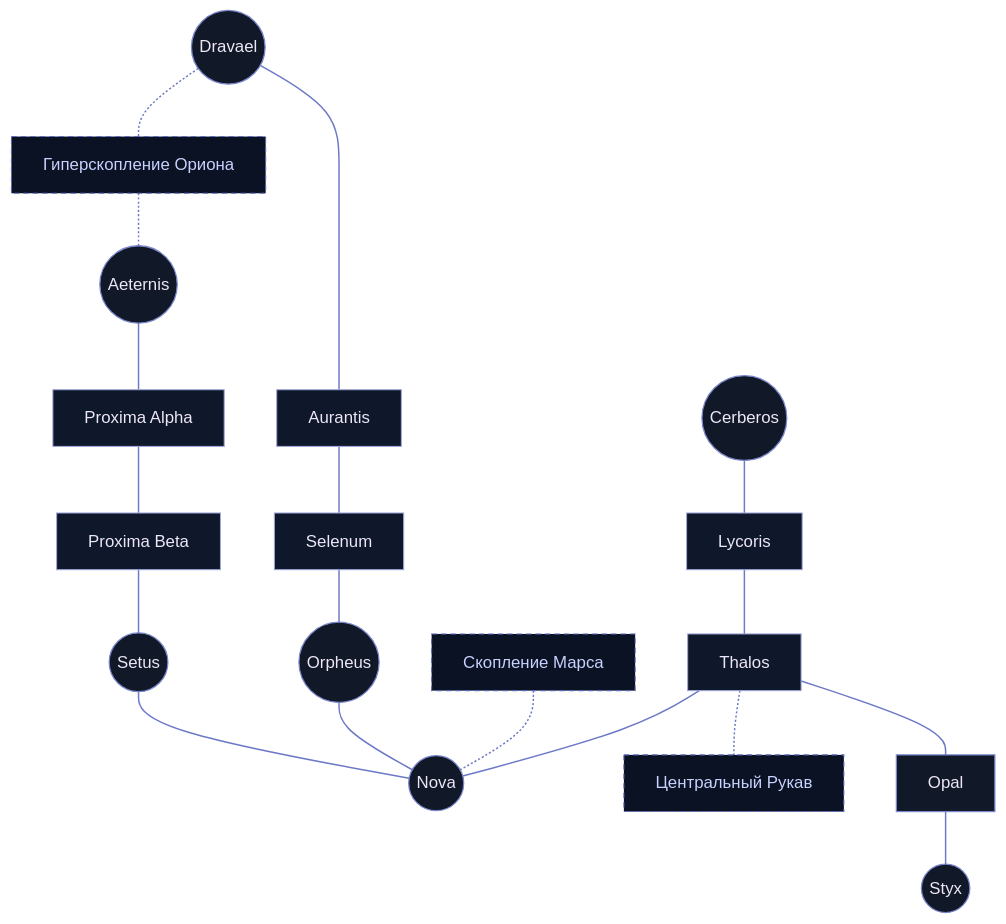
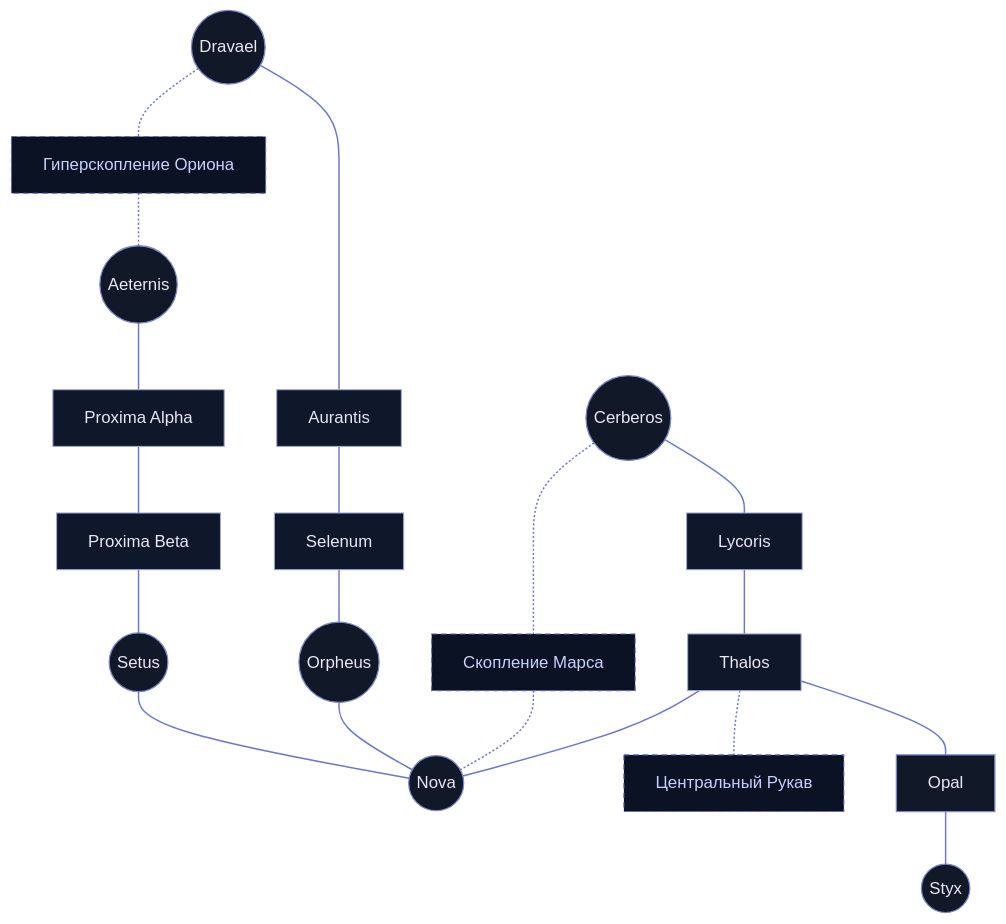
The diagram in docs/вселенная/Скопление Геи.md (LuckyOneDev/homo-dominus), drawn with Mermaid before and after one commit.

````diff
--- a/docs/вселенная/Скопление Геи.md
+++ b/docs/вселенная/Скопление Геи.md
@@ -10,63 +10,63 @@
 ```mermaid
 flowchart TB
   %% =====================================================
   %%   primary ~ #5c6bc0, dark ~ #3949ab, lightest ~ #b388ff
   %% =====================================================
 
   %% Nodes
   classDef star fill:#111827,stroke:#7986cb,color:#ede7f6,stroke-width:1.2px;
   classDef relay fill:#0f172a,stroke:#9fa8da,color:#ede7f6,stroke-width:1px;
   classDef out fill:#0b1224,stroke:#5c6bc0,color:#c7d2fe,stroke-dasharray: 5 4;
 
   %% Links (Silver Net)
   linkStyle default stroke:#5c6bc0,stroke-width:1.4px,opacity:0.9;
 
   %% ===== Center =====
   N((Nova)):::star
 
   %% ===== Left arm =====
   OUT_A["Гиперскопление Ориона"]:::out
   A((Aeternis)):::star
   PA[Proxima Alpha]:::relay
   PB[Proxima Beta]:::relay
   S((Setus)):::star
 
   D -.- OUT_A -.- A
   A --- PA --- PB --- S
   S --- N
 
   %% ===== Bottom arm =====
   D((Dravael)):::star
   AU[Aurantis]:::relay
   SE[Selenum]:::relay
   O((Orpheus)):::star
 
   D --- AU --- SE --- O
   O --- N
 
   %% ===== Right arm =====
   OUT_C["Скопление Марса"]:::out
   OUT_D["Центральный Рукав"]:::out
 
   C((Cerberos)):::star
   L[Lycoris]:::relay
   T[Thalos]:::relay
   ST((Styx)):::star
   OPA[Opal]:::star
 
-  OUT_C -.- N
+  C -.- OUT_C -.- N
   C --- L --- T
   T --- N
   T -.- OUT_D
 
   T --- OPA --- ST
 
   %% Clickable nodes (with baseUrl)
   click N "/homo-dominus/миры/Нова/" "Открыть: Нова"
   click A "/homo-dominus/миры/Аэтернис/" "Открыть: Аэтернис"
   click S "/homo-dominus/миры/Сетус/" "Открыть: Сетус"
   click D "/homo-dominus/миры/Драваэль/" "Открыть: Драваэль"
   click O "/homo-dominus/миры/Орфей/" "Открыть: Орфей"
   click C "/homo-dominus/миры/Керберос/Соларет" "Открыть: Керберос"
   click ST "/homo-dominus/миры/Стикс" "Открыть: Керберос"
 ```
````
